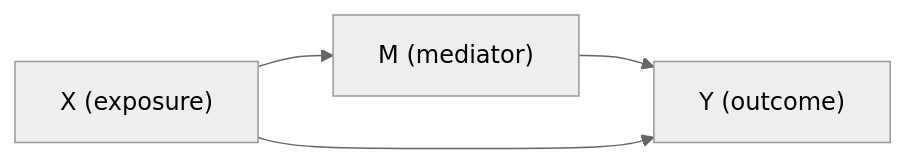
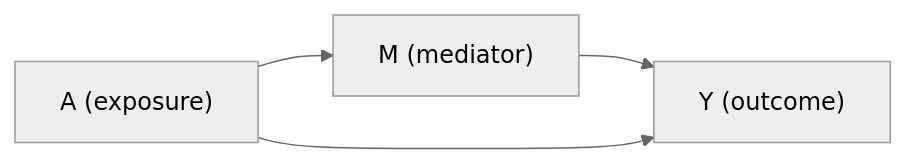
Before and after one commit to Statsinference/Statistical-Intelligence-Arena: the diagram in website/data-submissions/simulated-dgp/EXAMPLE.md, drawn with Mermaid (neutral theme). The commit also changed other lines of this file and 12 other files, not shown here.

````diff
--- a/website/data-submissions/simulated-dgp/EXAMPLE.md
+++ b/website/data-submissions/simulated-dgp/EXAMPLE.md
@@ -17,6 +17,6 @@
 ```mermaid
 flowchart LR
-    X["X (exposure)"] --> M["M (mediator)"]
+    A["A (exposure)"] --> M["M (mediator)"]
     M --> Y["Y (outcome)"]
-    X --> Y
+    A --> Y
 ```
````
